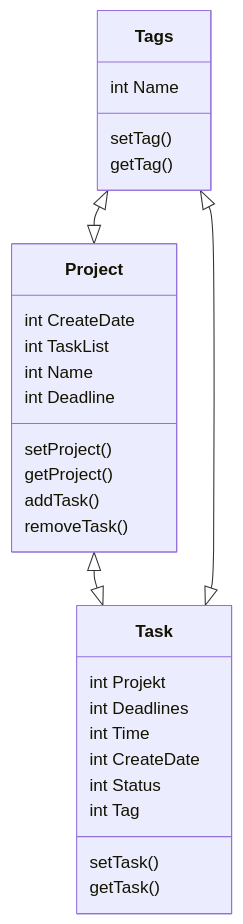
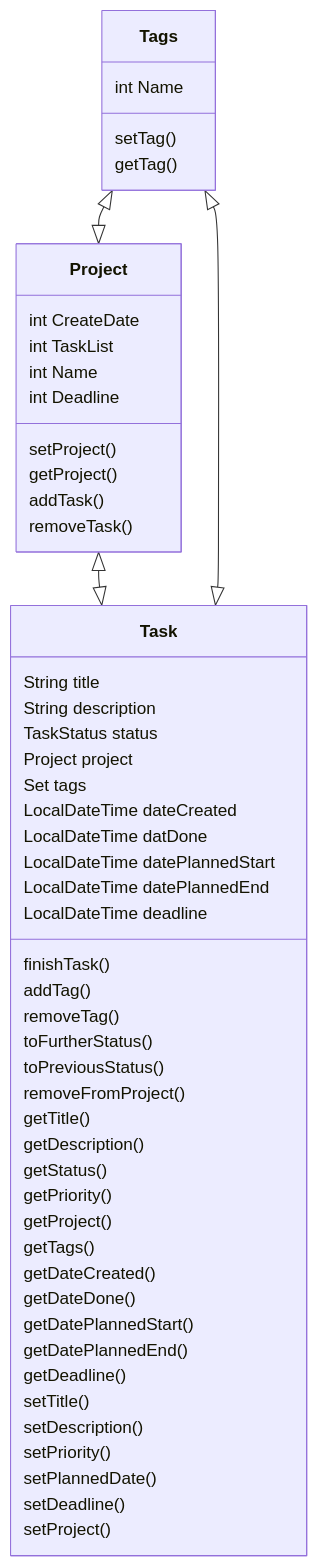
One commit to stefreschke/hwr-oop-project-template changed the diagram in README.md. Above: the diagram before and after it, drawn with Mermaid.

````diff
--- a/README.md
+++ b/README.md
@@ -27,25 +27,50 @@
 ```mermaid
 classDiagram
 Tags <|-- |> Project
 Project <|-- |> Task
 Tags <|-- |> Task
-Task : setTask()
-Task : getTask()
-Task : int Projekt
-Task : int Deadlines
-Task : int Time
-Task : int CreateDate
-Task : int Status
-Task : int Tag
+Task : String title
+Task : String description
+Task : TaskStatus status
+Task : Project project
+Task : Set<Tag> tags
+Task : LocalDateTime dateCreated
+Task : LocalDateTime datDone
+Task : LocalDateTime datePlannedStart
+Task : LocalDateTime datePlannedEnd
+Task : LocalDateTime deadline
+Task : finishTask()
+Task : addTag()
+Task : removeTag()
+Task : toFurtherStatus()
+Task : toPreviousStatus()
+Task : removeFromProject()
+Task : getTitle()
+Task : getDescription()
+Task : getStatus()
+Task : getPriority()
+Task : getProject()
+Task : getTags()
+Task : getDateCreated()
+Task : getDateDone()
+Task : getDatePlannedStart()
+Task : getDatePlannedEnd()
+Task : getDeadline()
+Task : setTitle()
+Task : setDescription()
+Task : setPriority()
+Task : setPlannedDate()
+Task : setDeadline()
+Task : setProject()
 Tags : int Name
 Tags : setTag()
 Tags : getTag()
 Project : int CreateDate
 Project : int TaskList
 Project : int Name
 Project : int Deadline
 Project : setProject()
 Project : getProject()
 Project : addTask()
 Project : removeTask()
 ```
````
